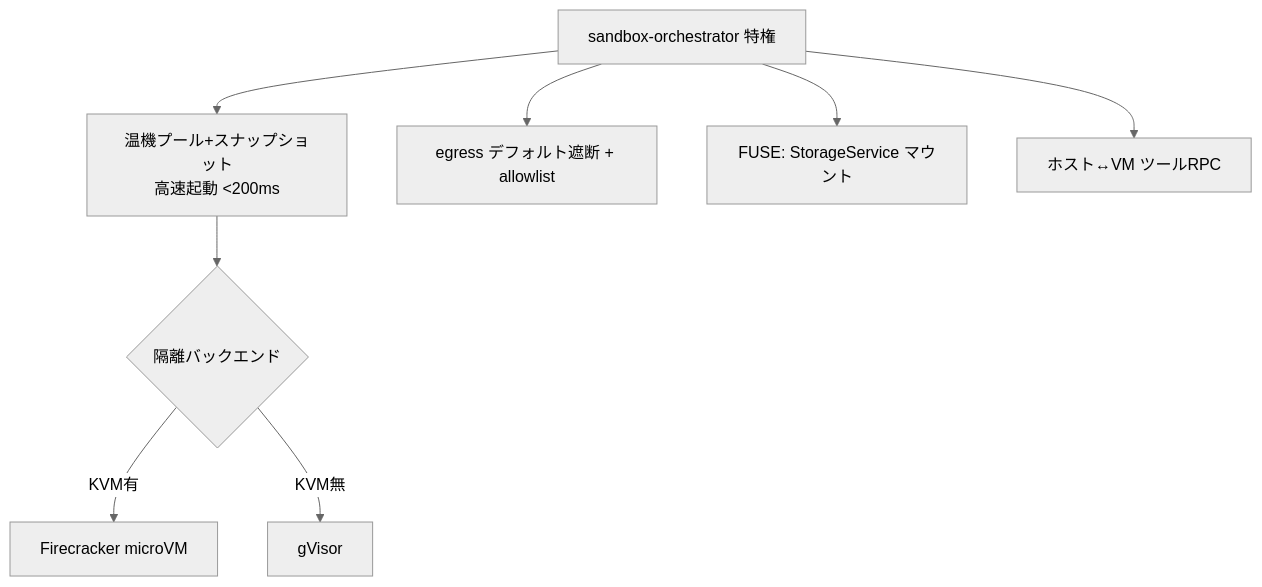
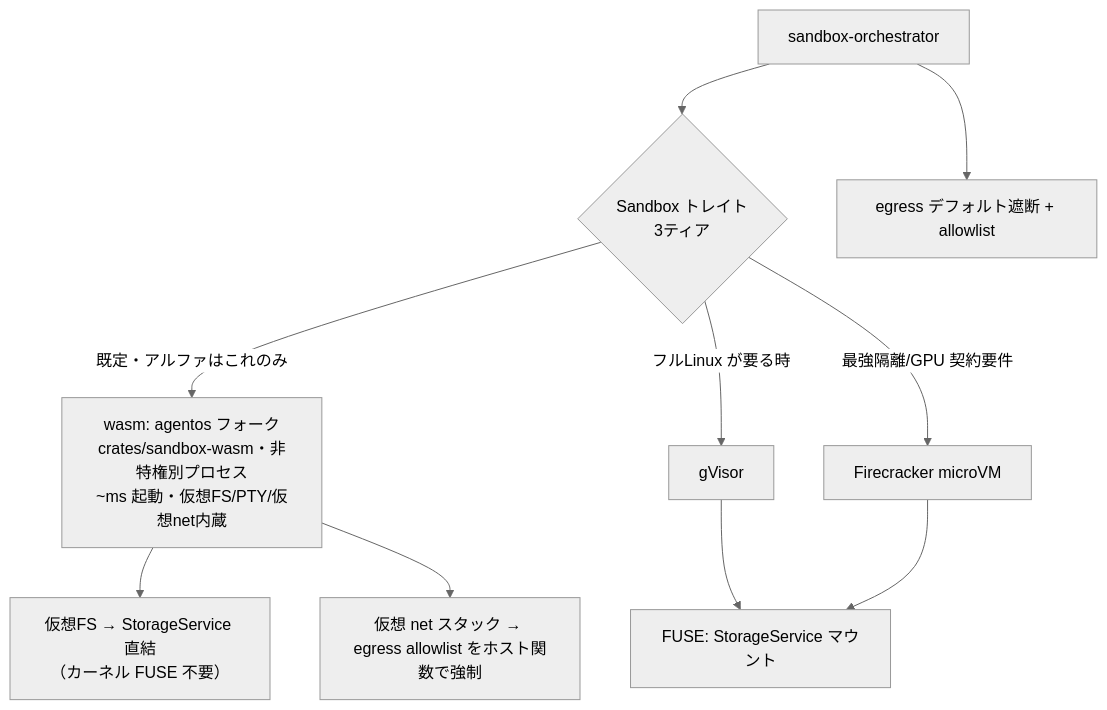
Before and after one commit to imanect-labs/shiki-platform: the seventh of 8 diagrams in docs/design.md, drawn with Mermaid (neutral theme). The commit also changed other lines of this file and 12 other files, not shown here.

````diff
--- a/docs/design.md
+++ b/docs/design.md
@@ -313,10 +356,11 @@
 ```mermaid
 flowchart TB
-  ORCH[sandbox-orchestrator 特権] --> POOL[温機プール+スナップショット<br/>高速起動 <200ms]
-  POOL --> VM{隔離バックエンド}
-  VM -->|KVM有| FC[Firecracker microVM]
-  VM -->|KVM無| GV[gVisor]
+  ORCH[sandbox-orchestrator] --> TIER{Sandbox トレイト<br/>3ティア}
+  TIER -->|既定・アルファはこれのみ| WASM["wasm: agentos フォーク<br/>crates/sandbox-wasm・非特権別プロセス<br/>~ms 起動・仮想FS/PTY/仮想net内蔵"]
+  TIER -->|フルLinux が要る時| GV[gVisor]
+  TIER -->|最強隔離/GPU 契約要件| FC[Firecracker microVM]
+  WASM --> VFS["仮想FS → StorageService 直結<br/>（カーネル FUSE 不要）"]
+  WASM --> NET2[仮想 net スタック → egress allowlist をホスト関数で強制]
+  GV & FC --> FUSE[FUSE: StorageService マウント]
   ORCH --> NET[egress デフォルト遮断 + allowlist]
-  ORCH --> FUSE[FUSE: StorageService マウント]
-  ORCH --> RPC[ホスト↔VM ツールRPC]
 ```
````
